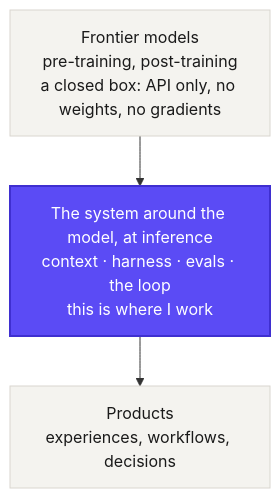
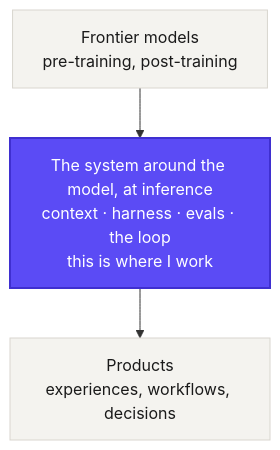
One commit to regokan/regokan changed the diagram in README.md. Above: the diagram before and after it, drawn with Mermaid. The commit also changed other lines of this file and 1 other file, not shown here.

Commit message:
profile: correct the inference framing, trim resume
Drop the inaccurate "closed box, no weights, no gradients, just an API"
wording (the work spans open-weights models too); state the inference /
black-box-optimization idea plainly. Remove the resume's background tail
and the placeholder contact details (email and phone).

````diff
--- a/README.md
+++ b/README.md
@@ -14,11 +14,11 @@
 ```mermaid
 flowchart TB
-    M["Frontier models<br/>pre-training, post-training<br/>a closed box: API only, no weights, no gradients"]
+    M["Frontier models<br/>pre-training, post-training"]
     A["The system around the model, at inference<br/>context · harness · evals · the loop<br/>this is where I work"]
     P["Products<br/>experiences, workflows, decisions"]
     M --> A --> P
     classDef focus fill:#5b4bf5,stroke:#3f2fd0,color:#ffffff,stroke-width:2px;
     classDef plain fill:#f4f3ef,stroke:#d9d6cf,color:#1a1a1a;
     class A focus;
     class M,P plain;
 ```
````
